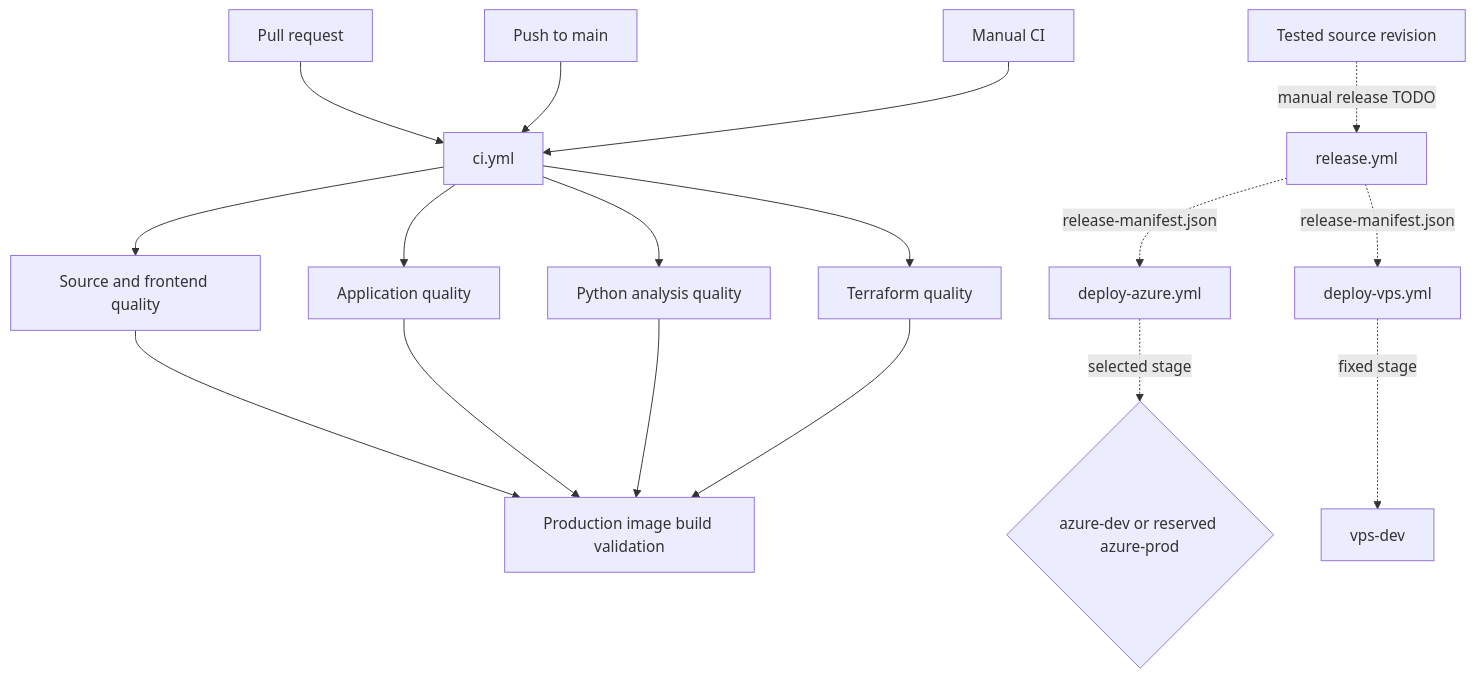
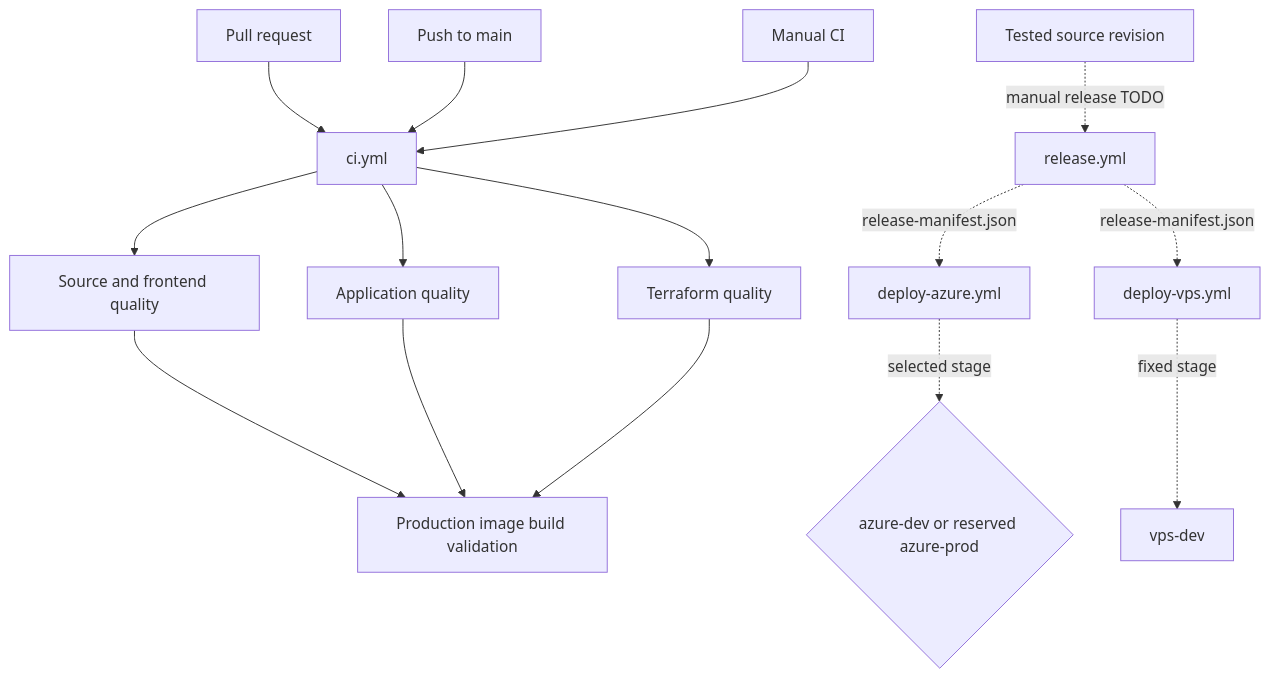
The second of 9 diagrams in docs/inprogress/ci-cd-pipeline.md (michalo1334/master_thesis), drawn with Mermaid before and after one commit. The commit also changed other lines of this file and 326 other files, not shown here.

````diff
--- a/docs/inprogress/ci-cd-pipeline.md
+++ b/docs/inprogress/ci-cd-pipeline.md
@@ -54,21 +54,19 @@
 ```mermaid
 flowchart TD
   pr[Pull request] --> ci[ci.yml]
   main[Push to main] --> ci
   manualCI[Manual CI] --> ci
 
   ci --> source[Source and frontend quality]
   ci --> app[Application quality]
-  ci --> python[Python analysis quality]
   ci --> terraform[Terraform quality]
   source --> images[Production image build validation]
   app --> images
-  python --> images
   terraform --> images
 
   tested[Tested source revision] -.->|manual release TODO| release[release.yml]
   release -.->|release-manifest.json| deployAzure[deploy-azure.yml]
   release -.->|release-manifest.json| deployVps[deploy-vps.yml]
   deployAzure -.->|selected stage| azureEnv{azure-dev or reserved azure-prod}
   deployVps -.->|fixed stage| vpsEnv[vps-dev]
 ```
````
